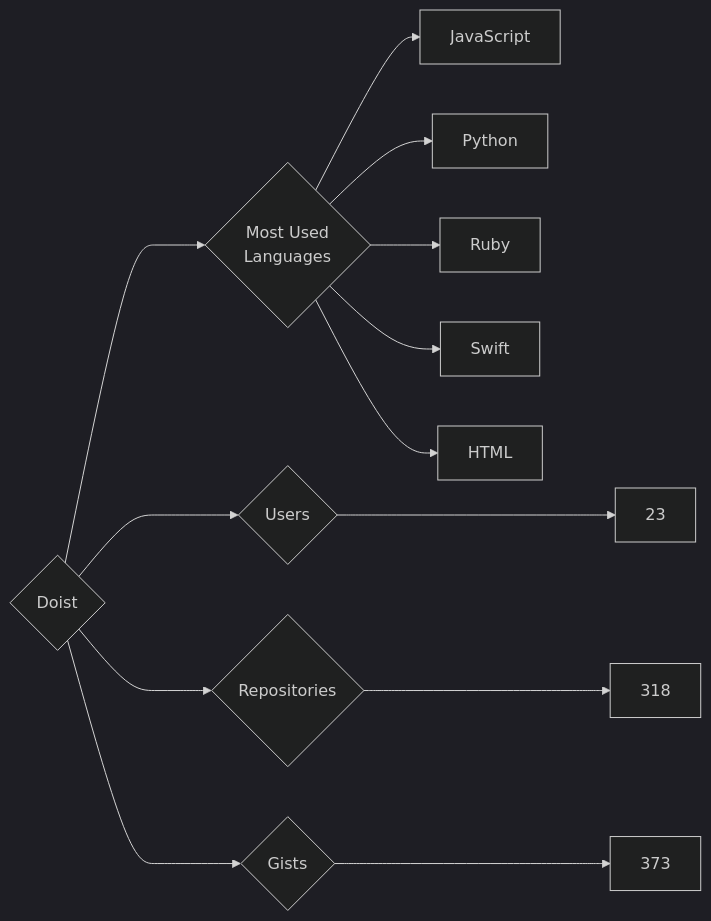
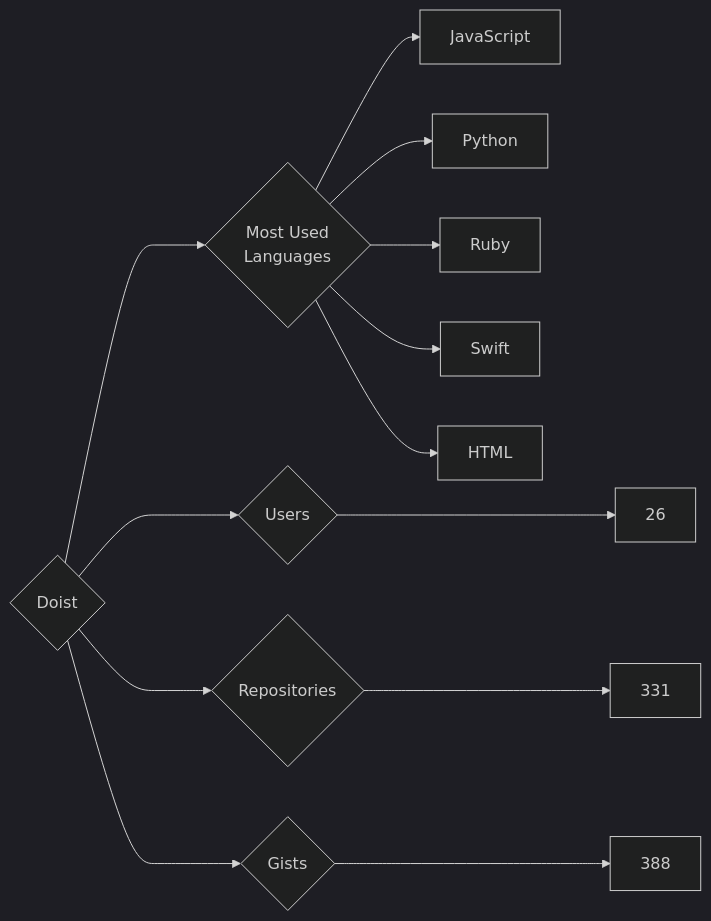
The diagram in targets/Doist/README.md (trickest/insiders), drawn with Mermaid (dark theme) before and after one commit. The commit also changed 927 other files, not shown here.

````diff
--- a/targets/Doist/README.md
+++ b/targets/Doist/README.md
@@ -3,13 +3,13 @@
 ```mermaid
 graph LR
 COMPANY_NAME{Doist}
-COMPANY_NAME ---> U{Users} ---> UN[23]
-COMPANY_NAME ---> R{Repositories} ---> RN[318]
-COMPANY_NAME ---> G{Gists} ---> GN[373]
+COMPANY_NAME ---> U{Users} ---> UN[26]
+COMPANY_NAME ---> R{Repositories} ---> RN[331]
+COMPANY_NAME ---> G{Gists} ---> GN[388]
 COMPANY_NAME ---> ML{Most Used<br>Languages}
 ML --> JavaScript[JavaScript]
 ML --> Python[Python]
 ML --> Ruby[Ruby]
 ML --> Swift[Swift]
 ML --> HTML[HTML]
 ```
````
